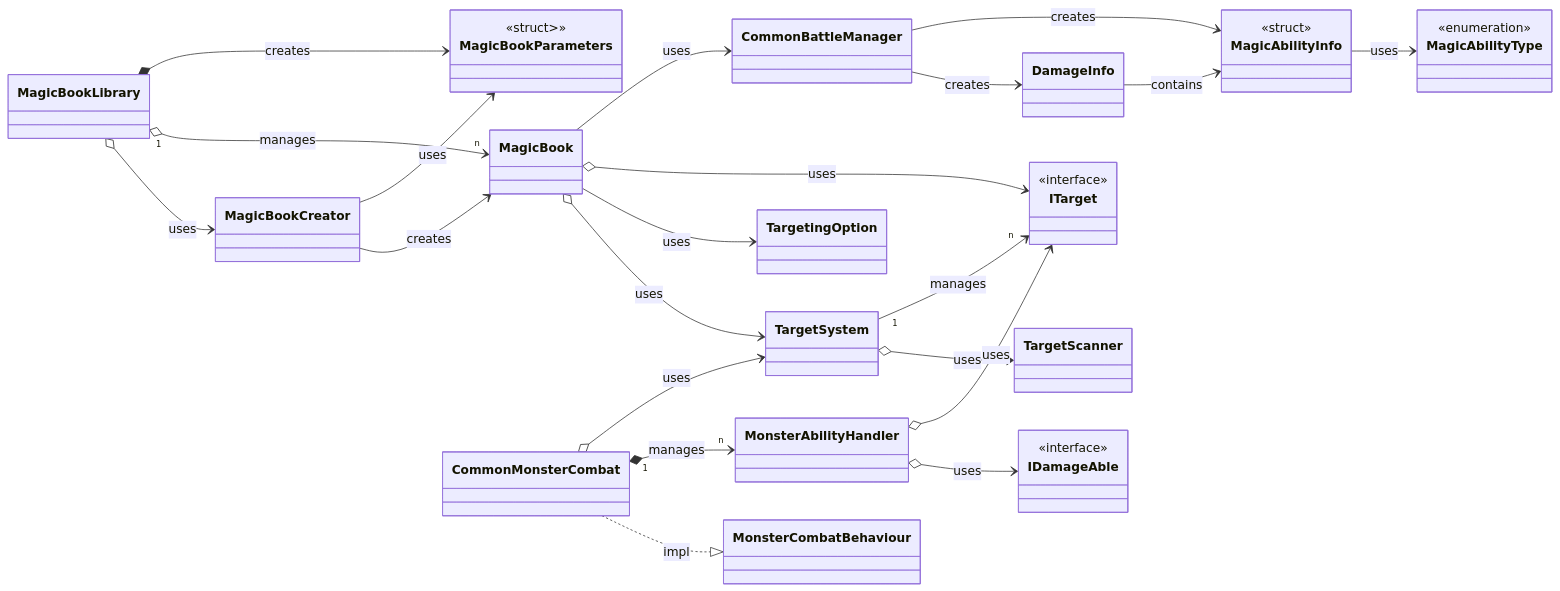
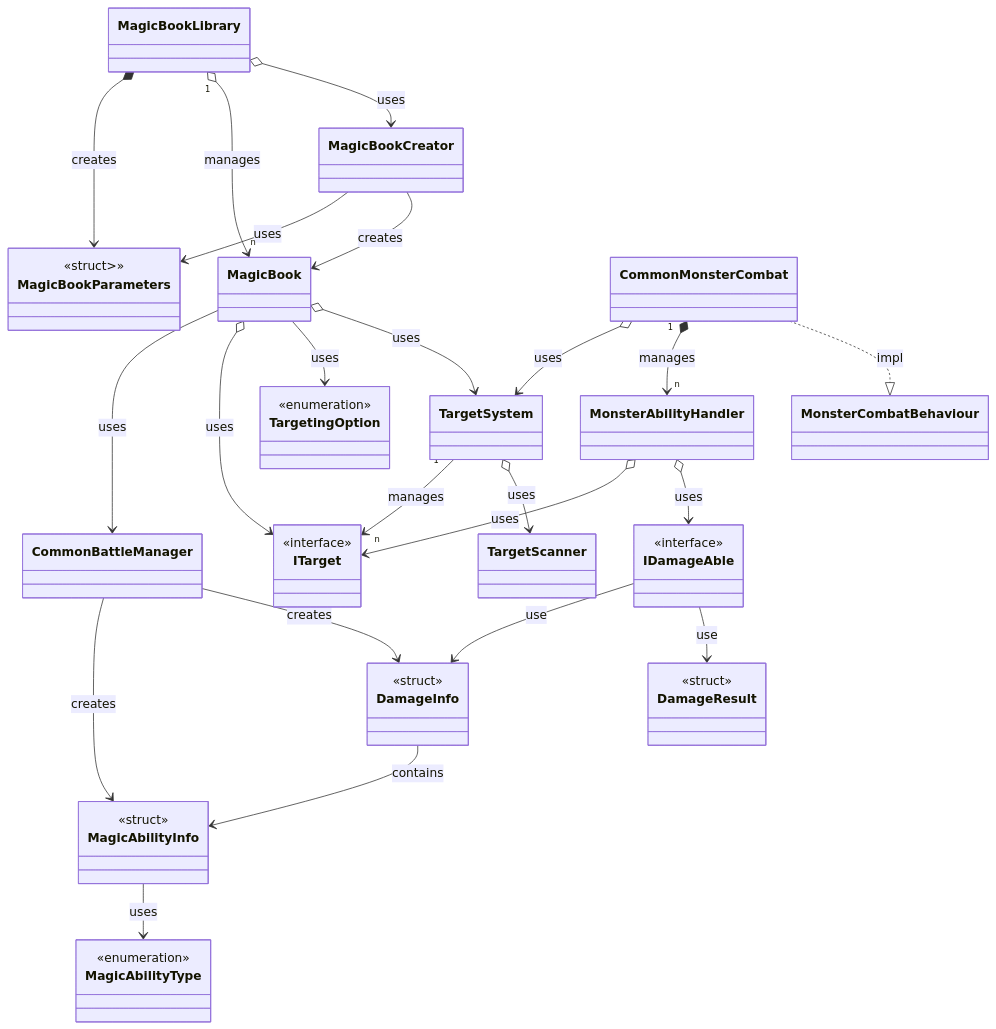
Before and after one commit to CosmicGiantKoala/CosmicGiantKoala.github.io: the first of 4 diagrams in content/docs/Projects/SlimeRush/BattleSystem/Overview.md, drawn with Mermaid. The commit also changed other lines of this file and 25 other files, not shown here.

````diff
--- a/content/docs/Projects/SlimeRush/BattleSystem/Overview.md
+++ b/content/docs/Projects/SlimeRush/BattleSystem/Overview.md
@@ -75,47 +75,51 @@
 ```mermaid
 classDiagram
-  direction LR
+  direction TD
 
 %% 핵심 시스템 클래스
   class MagicBookLibrary
   class MagicBook
   class MagicBookCreator
   class MagicBookParameters{<<struct>>>}
   class CommonMonsterCombat
   class CommonBattleManager
   class MonsterAbilityHandler
   class CommonBattleManager
   class IDamageAble{<<interface>>}
-  class DamageInfo
+  class DamageInfo{<<struct>>}
+  class DamageResult{<<struct>>}
   class ITarget{<<interface>>}
+  class TargetingOption{<<enumeration>>}
   class TargetSystem
   class TargetScanner
   class MagicAbilityInfo{<<struct>>}
   class MagicAbilityType{<<enumeration>>}
 
 %% 주요 관계
   MagicBookLibrary o--> MagicBookCreator : uses
   MagicBookLibrary "1" o--> "n" MagicBook : manages
   MagicBookLibrary *--> MagicBookParameters : creates
   MagicBookCreator --> MagicBook : creates
   MagicBookCreator --> MagicBookParameters : uses
   
   MagicBook o--> TargetSystem : uses
   MagicBook --> TargetingOption : uses
   MagicBook o--> ITarget : uses
   MagicBook --> CommonBattleManager : uses
   MagicAbilityInfo --> MagicAbilityType : uses
 
   CommonMonsterCombat ..|> MonsterCombatBehaviour :impl
   CommonMonsterCombat "1" *--> "n" MonsterAbilityHandler : manages
   CommonMonsterCombat o--> TargetSystem : uses
   MonsterAbilityHandler o--> IDamageAble : uses
   MonsterAbilityHandler o--> ITarget : uses
+  IDamageAble --> DamageResult : use
+  IDamageAble --> DamageInfo : use
 
   CommonBattleManager --> DamageInfo : creates
   CommonBattleManager --> MagicAbilityInfo : creates
   DamageInfo --> MagicAbilityInfo : contains
 
   TargetSystem o--> TargetScanner : uses
   TargetSystem "1" --> "n" ITarget : manages
 ```
````
